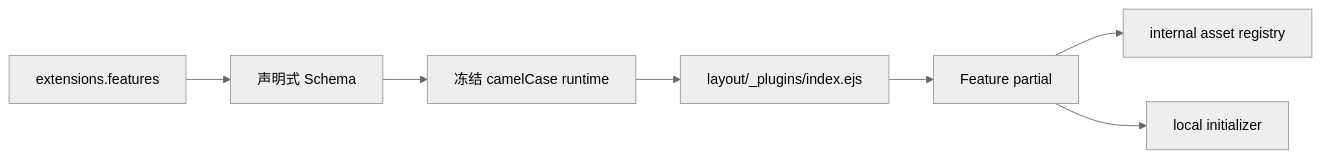
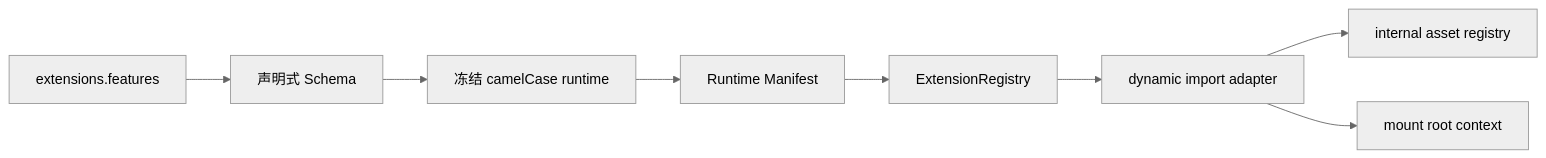
One commit to xaoxuu/hexo-theme-stellar changed the diagram in docs/knowledge/07-外部集成/plugin-system.md. Above: the diagram before and after it, drawn with Mermaid (neutral theme). The commit also changed other lines of this file and 72 other files, not shown here.

````diff
--- a/docs/knowledge/07-外部集成/plugin-system.md
+++ b/docs/knowledge/07-外部集成/plugin-system.md
@@ -94,9 +94,10 @@
 ```mermaid
 flowchart LR
   A[extensions.features] --> B[声明式 Schema]
   B --> C[冻结 camelCase runtime]
-  C --> D[layout/_plugins/index.ejs]
-  D --> E[Feature partial]
-  E --> F[internal asset registry]
-  E --> G[local initializer]
+  C --> D[Runtime Manifest]
+  D --> E[ExtensionRegistry]
+  E --> F[dynamic import adapter]
+  F --> G[internal asset registry]
+  F --> H[mount root context]
 ```
````
